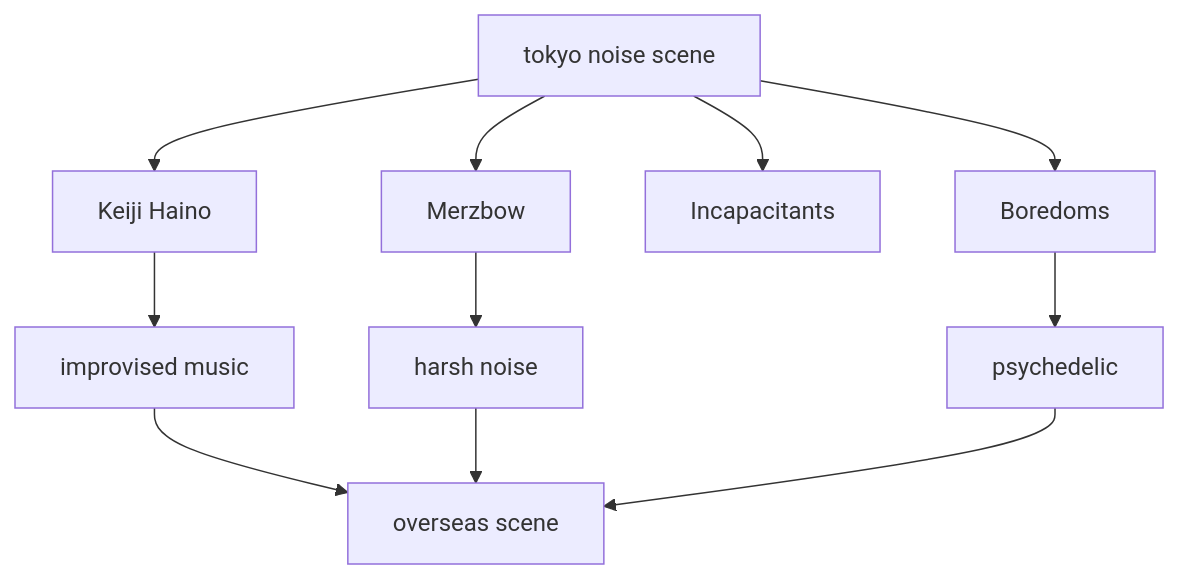
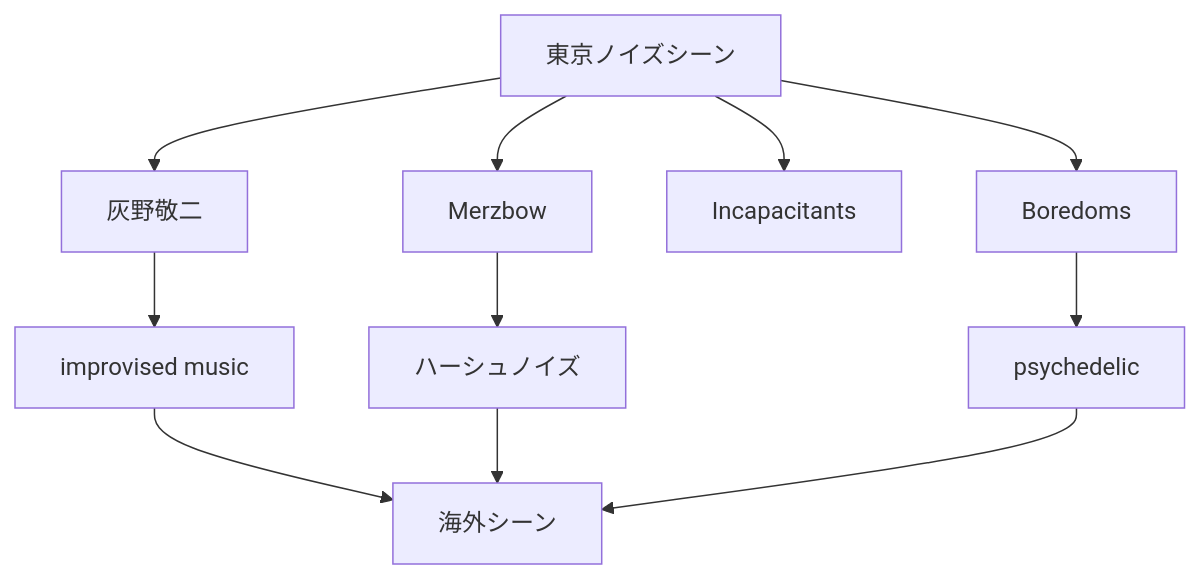
Before and after one commit to monumental-movement/monumental-movement.github.io: the sixth of 9 diagrams in en/_posts/2026-03-06-column-keiji-haino.md, drawn with Mermaid. The commit also changed other lines of this file and 2196 other files, not shown here.

```diff
--- a/en/_posts/2026-03-06-column-keiji-haino.md
+++ b/en/_posts/2026-03-06-column-keiji-haino.md
@@ -585,25 +585,25 @@
 <div class="mermaid">
 
 graph TD
 
-Tokyo[tokyo noise scene]
+Tokyo[東京ノイズシーン]
 
-Haino[Keiji Haino]
+Haino[灰野敬二]
 Merzbow[Merzbow]
 Incapacitants[Incapacitants]
 Boredoms[Boredoms]
 
 Tokyo --> Haino
 Tokyo --> Merzbow
 Tokyo --> Incapacitants
 Tokyo --> Boredoms
 
 Haino --> Improvisation[improvised music]
-Merzbow --> HarshNoise[harsh noise]
+Merzbow --> HarshNoise[ハーシュノイズ]
 Boredoms --> Psychedelic[psychedelic]
 
-Improvisation --> Global[overseas scene]
+Improvisation --> Global[海外シーン]
 HarshNoise --> Global
 Psychedelic --> Global
 
 </div>
```
